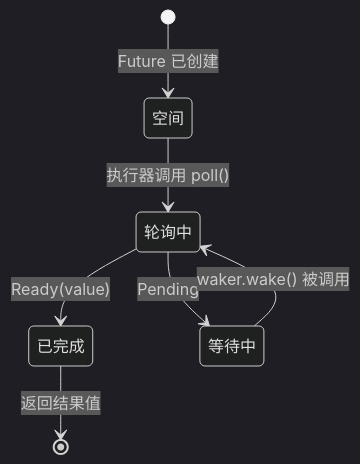
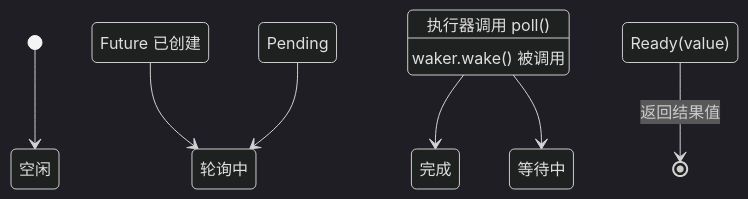
One commit to veegn/rust-training-zh changed the diagram in async-book/src/zh/ch03-how-poll-works.md. Above: the diagram before and after it, drawn with Mermaid (dark theme). The commit also changed other lines of this file and 354 other files, not shown here.

````diff
--- a/async-book/src/zh/ch03-how-poll-works.md
+++ b/async-book/src/zh/ch03-how-poll-works.md
@@ -15,9 +15,9 @@
 ```mermaid
 stateDiagram-v2
-    [*] --> 空间 : Future 已创建
-    空间 --> 轮询中 : 执行器调用 poll()
-    轮询中 --> 已完成 : Ready(value)
-    轮询中 --> 等待中 : Pending
-    等待中 --> 轮询中 : waker.wake() 被调用
-    已完成 --> [*] : 返回结果值
+    [*] --> 空闲 (Idle) : Future 已创建
+    空闲 (Idle) --> 轮询中 (Polling) : 执行器调用 poll()
+    轮询中 (Polling) --> 完成 (Complete) : Ready(value)
+    轮询中 (Polling) --> 等待中 (Waiting) : Pending
+    等待中 (Waiting) --> 轮询中 (Polling) : waker.wake() 被调用
+    完成 (Complete) --> [*] : 返回结果值
 ```
````
